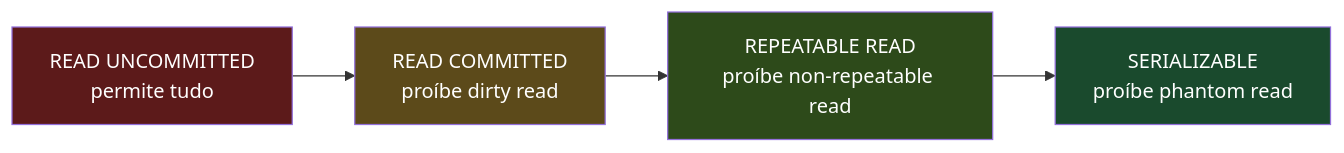
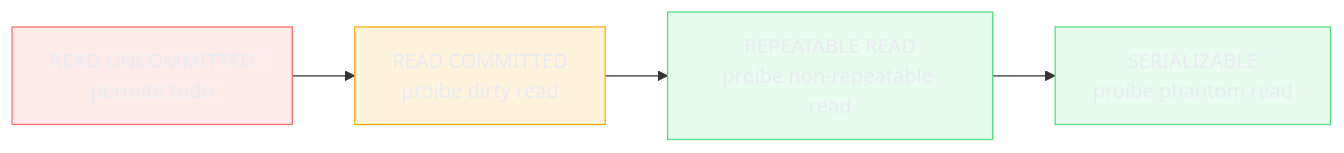
One commit to josenaldo/codex-technomanticus changed the first of 2 diagrams in 03-Dominios/Tecnologia/Python/Persistência de dados/06 - Transações e isolamento — ACID na prática, isolation levels, deadlocks de aplicação.md. Above: the diagram before and after it, drawn with Mermaid. The commit also changed 1181 other files, not shown here.

First line of the commit message:
fix(diagramas): paleta do sistema no lugar de cor cravada no markdown

````diff
--- a/03-Dominios/Tecnologia/Python/Persistência de dados/06 - Transações e isolamento — ACID na prática, isolation levels, deadlocks de aplicação.md
+++ b/03-Dominios/Tecnologia/Python/Persistência de dados/06 - Transações e isolamento — ACID na prática, isolation levels, deadlocks de aplicação.md
@@ -136,11 +136,14 @@
 ```mermaid
 flowchart LR
+    classDef falha fill:#FF6B6B24,stroke:#FF6B6B,color:#E9ECF2
+    classDef destaque fill:#FFAA0024,stroke:#FFAA00,color:#E9ECF2
+    classDef ok fill:#4ADE8021,stroke:#4ADE80,color:#E9ECF2
     RU["READ UNCOMMITTED<br/>permite tudo"] --> RC["READ COMMITTED<br/>proíbe dirty read"]
     RC --> RR["REPEATABLE READ<br/>proíbe non-repeatable read"]
     RR --> SER["SERIALIZABLE<br/>proíbe phantom read"]
 
-    style RU fill:#5c1a1a,color:#fff
-    style RC fill:#5c4a1a,color:#fff
-    style RR fill:#2d4a1a,color:#fff
-    style SER fill:#1a4a2d,color:#fff
+    class RU falha
+    class RC destaque
+    class RR ok
+    class SER ok
 ```
````
